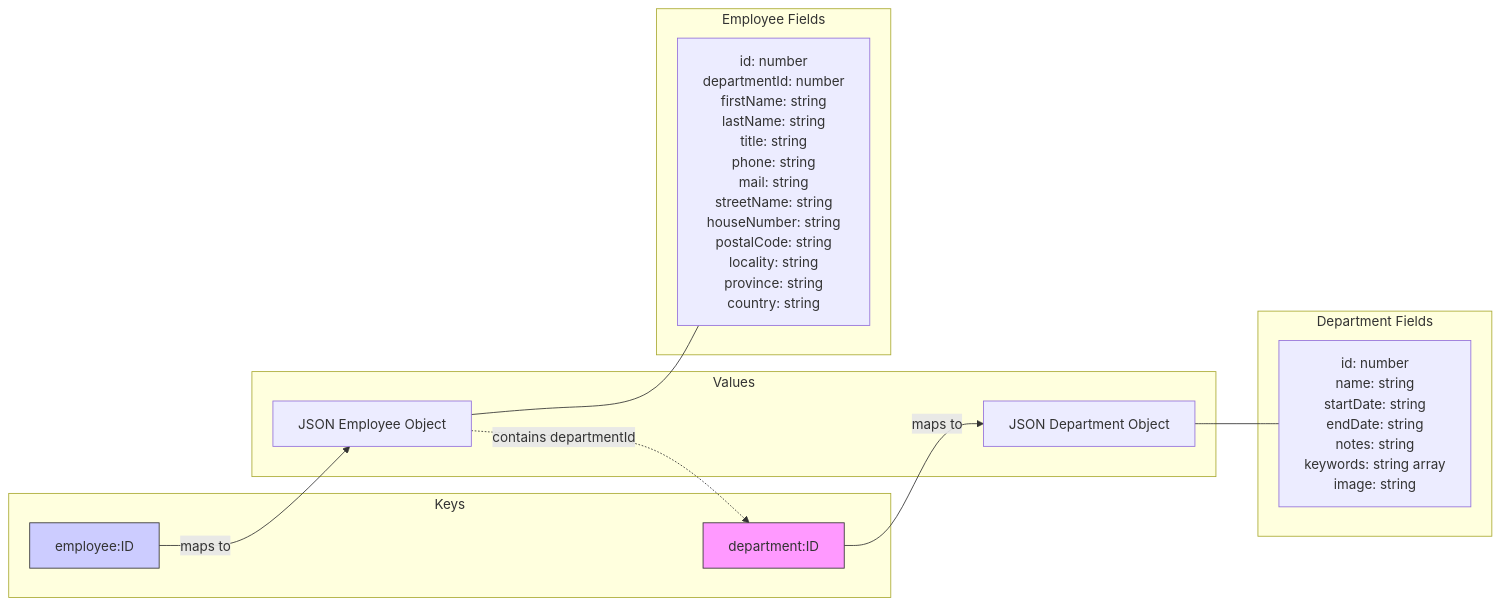
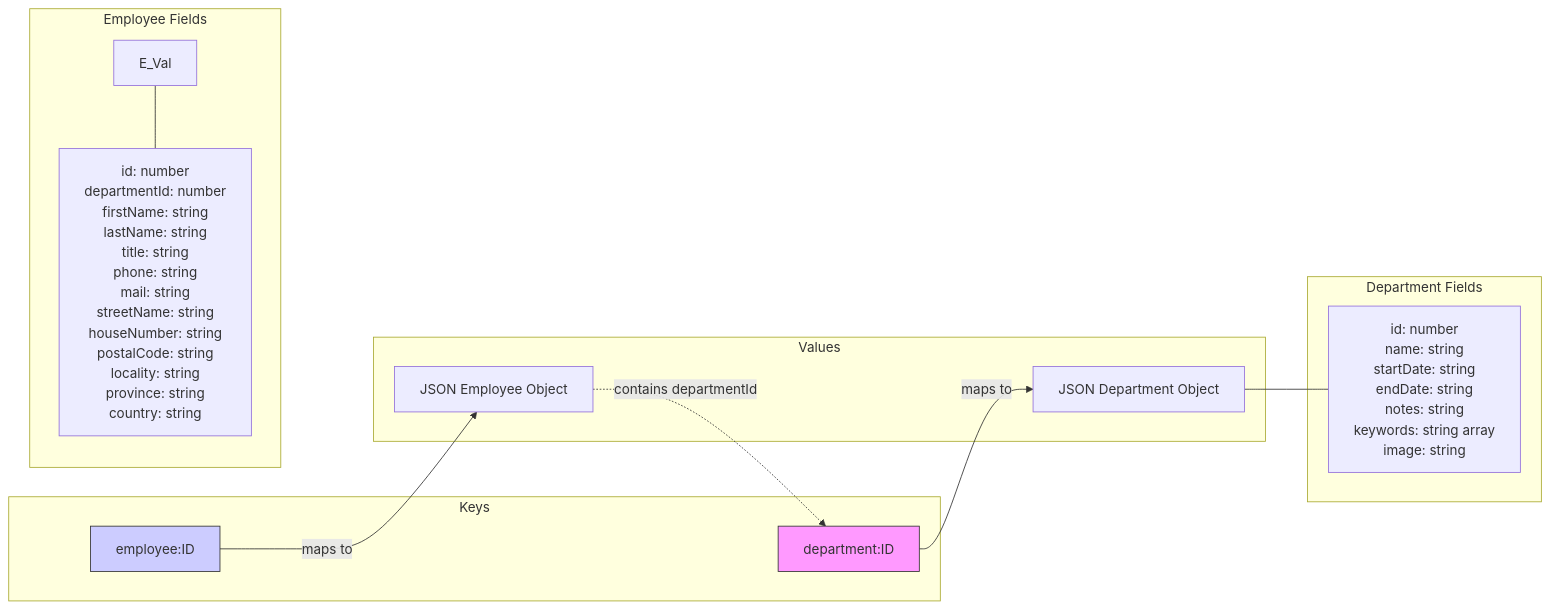
One commit to k1729p/Study28 changed the diagram in docs/mermaid/flowchartRedis.md. Above: the diagram before and after it, drawn with Mermaid.

````diff
--- a/docs/mermaid/flowchartRedis.md
+++ b/docs/mermaid/flowchartRedis.md
@@ -3,46 +3,50 @@
 ```mermaid
 flowchart LR
-    subgraph Keys
-        D_Key[department:ID]
-        E_Key[employee:ID]
-    end
+  subgraph Keys
+    Dep_Key[department:ID]
+    Emp_Key[employee:ID]
+  end
 
-    subgraph Values
-        D_Val[JSON Department Object]
-        E_Val[JSON Employee Object]
-    end
+  subgraph Values
+    Dep_Val[JSON Department Object]
+    Emp_Val[JSON Employee Object]
+  end
 
-    D_Key -->|maps to| D_Val
-    E_Key -->|maps to| E_Val
+  Dep_Key -->|maps to| Dep_Val
+  Emp_Key -->|maps to| Emp_Val
 
-    E_Val -.->|contains departmentId| D_Key
+  Emp_Val -.->|contains departmentId| Dep_Key
 
-    subgraph Department Fields
-        D_Val --- d["`id: number
-                      name: string
-                      startDate: string
-                      endDate: string
-                      notes: string
-                      keywords: string array
-                      image: string`"]    
-    end
+  subgraph Department Fields
+    Dep_Val --- d["`
+      id: number
+      name: string
+      startDate: string
+      endDate: string
+      notes: string
+      keywords: string array
+      image: string
+    `"]    
+  end
 
-    subgraph Employee Fields
-        E_Val --- e["`id: number
-                      departmentId: number
-                      firstName: string
-                      lastName: string
-                      title: string
-                      phone: string
-                      mail: string
-                      streetName: string
-                      houseNumber: string
-                      postalCode: string
-                      locality: string
-                      province: string
-                      country: string`"]
-    end
-
-    style D_Key fill:#f9f,stroke:#333
-    style E_Key fill:#ccf,stroke:#333
+  subgraph Employee Fields
+    E_Val --- e["`
+      id: number
+      departmentId: number
+      firstName: string
+      lastName: string
+      title: string
+      phone: string
+      mail: string
+      streetName: string
+      houseNumber: string
+      postalCode: string
+      locality: string
+      province: string
+      country: string
+    `"]
+  end
+%% Styles
+  style Dep_Key fill:#f9f,stroke:#333
+  style Emp_Key fill:#ccf,stroke:#333
 ```
````
